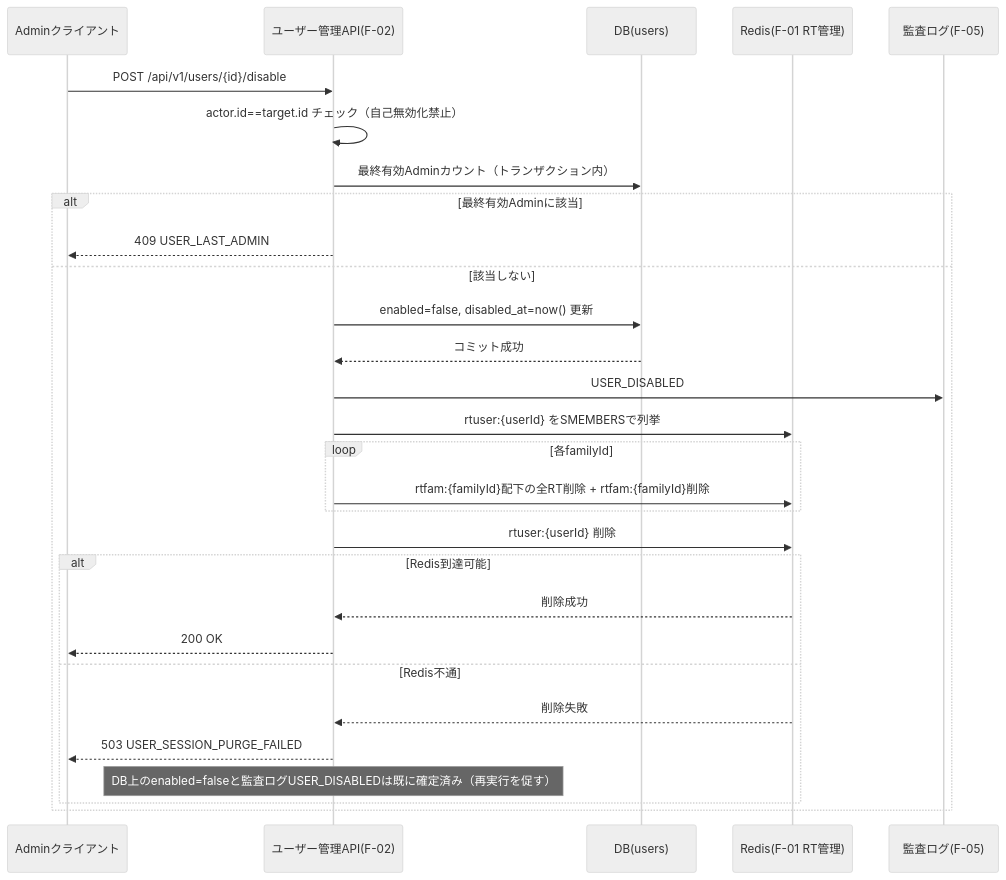
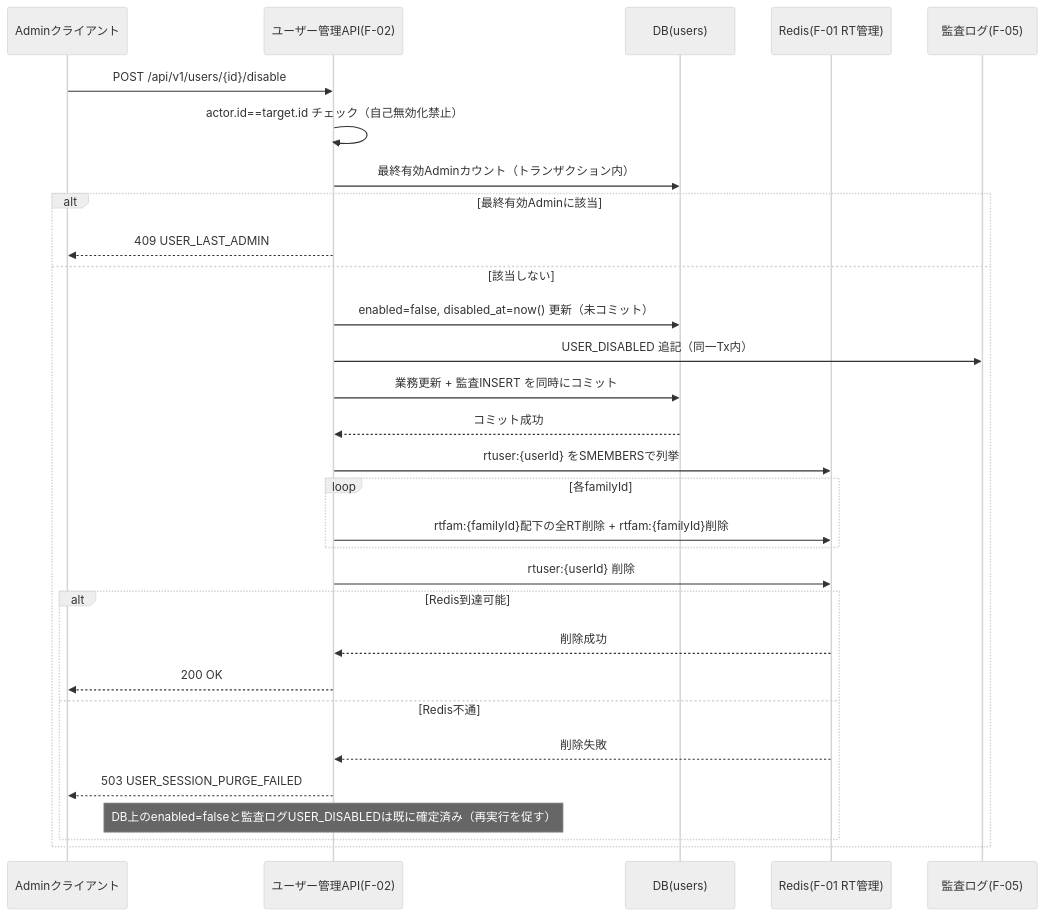
The diagram in docs/design/f-02-user-role-management.md (ryohei-sumii/ForgeHub), drawn with Mermaid (neutral theme) before and after one commit. The commit also changed other lines of this file and 5 other files, not shown here.

````diff
--- a/docs/design/f-02-user-role-management.md
+++ b/docs/design/f-02-user-role-management.md
@@ -220,32 +221,33 @@
 ```mermaid
 sequenceDiagram
     participant C as Adminクライアント
     participant U as ユーザー管理API(F-02)
     participant D as DB(users)
     participant R as Redis(F-01 RT管理)
     participant L as 監査ログ(F-05)
 
     C->>U: POST /api/v1/users/{id}/disable
     U->>U: actor.id==target.id チェック（自己無効化禁止）
     U->>D: 最終有効Adminカウント（トランザクション内）
     alt 最終有効Adminに該当
         U-->>C: 409 USER_LAST_ADMIN
     else 該当しない
-        U->>D: enabled=false, disabled_at=now() 更新
+        U->>D: enabled=false, disabled_at=now() 更新（未コミット）
+        U->>L: USER_DISABLED 追記（同一Tx内）
+        U->>D: 業務更新 + 監査INSERT を同時にコミット
         D-->>U: コミット成功
-        U->>L: USER_DISABLED
         U->>R: rtuser:{userId} をSMEMBERSで列挙
         loop 各familyId
             U->>R: rtfam:{familyId}配下の全RT削除 + rtfam:{familyId}削除
         end
         U->>R: rtuser:{userId} 削除
         alt Redis到達可能
             R-->>U: 削除成功
             U-->>C: 200 OK
         else Redis不通
             R-->>U: 削除失敗
             U-->>C: 503 USER_SESSION_PURGE_FAILED
             Note over U: DB上のenabled=falseと監査ログUSER_DISABLEDは既に確定済み（再実行を促す）
         end
     end
 ```
````
